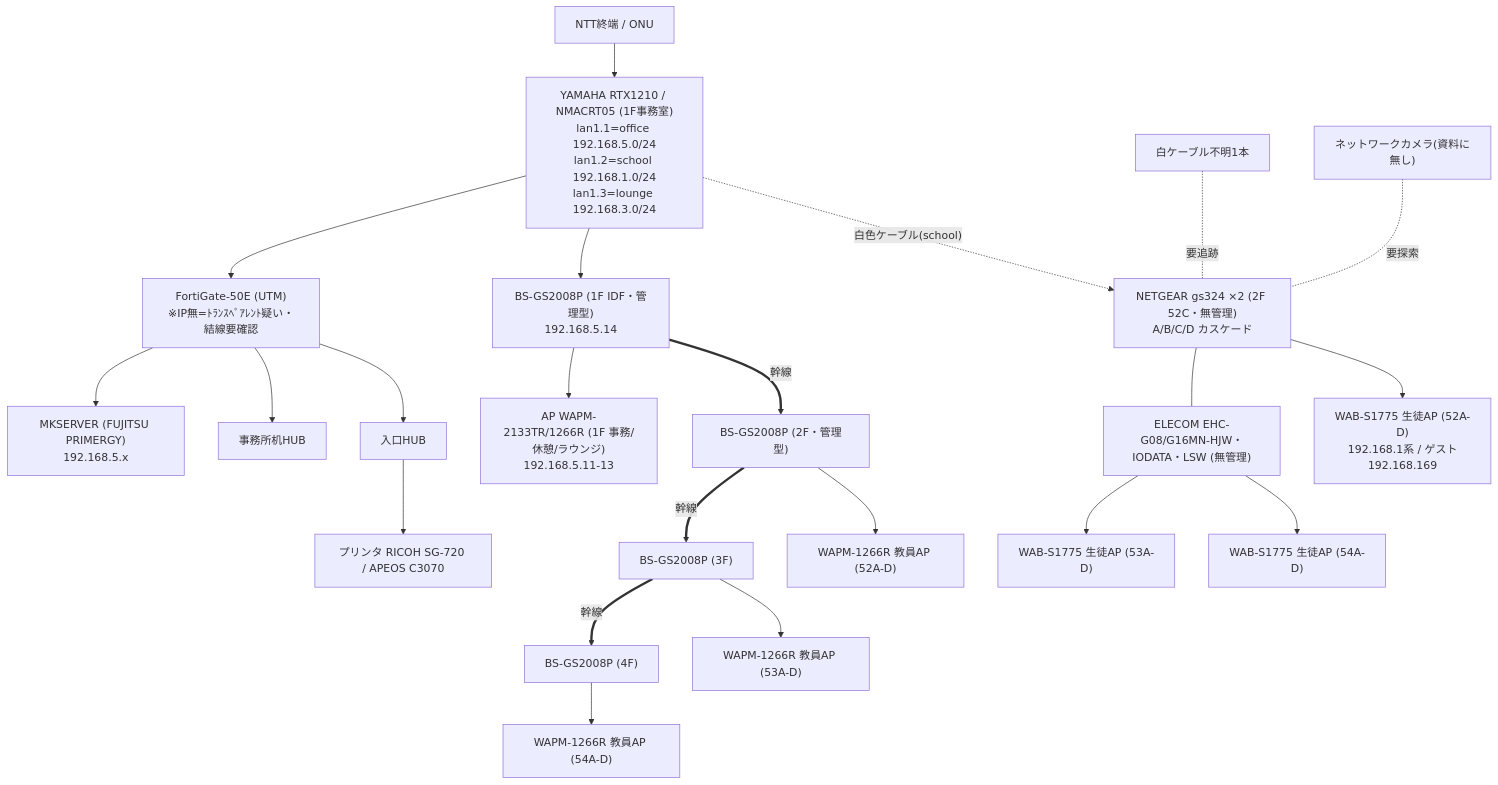
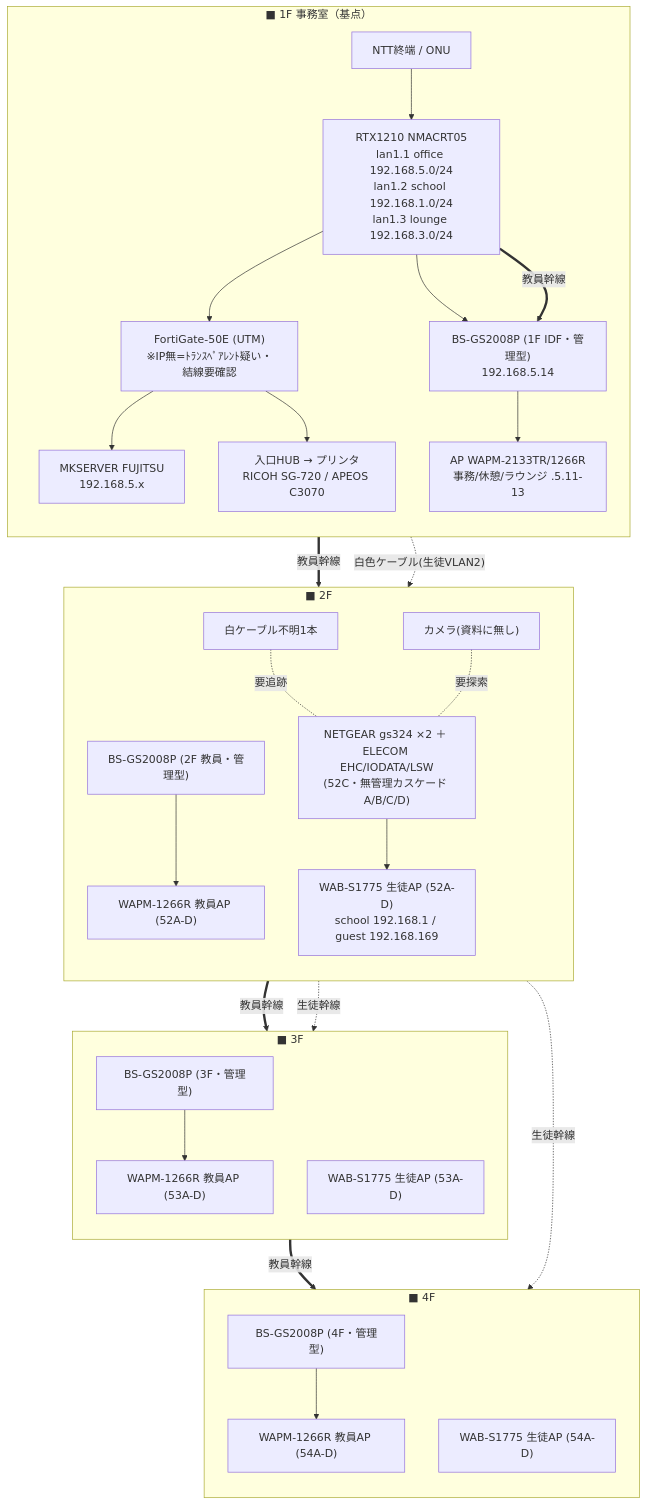
Before and after one commit to zva06206-shimizu/yss_secretary: the diagram in work/nagoya-keiei-kaikei/04_system/network-diagram-5gou.md, drawn with Mermaid. The commit also changed other lines of this file and 1 other file, not shown here.

Commit message:
名古屋：5号館図をフロア構造化、1号館再構築図の階情報を訂正
5号館図をフロア(1F-4F)のsubgraphで区切り、教員系(管理型縦系)/生徒系(無管理カスケード)の
2縦系を視覚的に分離。1号館再構築図はBS-GS2008P(L3)+NASを2F→4Fに訂正、階別VLAN表記差の
正体(AP向けは全階VLAN10+20トランク/有線は職員VLAN10のみ・文言ゆれ)を注記に明確化。

````diff
--- a/work/nagoya-keiei-kaikei/04_system/network-diagram-5gou.md
+++ b/work/nagoya-keiei-kaikei/04_system/network-diagram-5gou.md
@@ -29,31 +31,44 @@
 ```mermaid
 flowchart TB
-    NTT["NTT終端 / ONU"]
-    NTT --> RT["YAMAHA RTX1210 / NMACRT05 (1F事務室)<br/>lan1.1=office 192.168.5.0/24<br/>lan1.2=school 192.168.1.0/24<br/>lan1.3=lounge 192.168.3.0/24"]
+    subgraph F1["■ 1F 事務室（基点）"]
+      direction TB
+      NTT["NTT終端 / ONU"] --> RT["RTX1210 NMACRT05<br/>lan1.1 office 192.168.5.0/24<br/>lan1.2 school 192.168.1.0/24<br/>lan1.3 lounge 192.168.3.0/24"]
+      RT --> FG["FortiGate-50E (UTM)<br/>※IP無=ﾄﾗﾝｽﾍﾟｱﾚﾝﾄ疑い・結線要確認"]
+      FG --> SV["MKSERVER FUJITSU<br/>192.168.5.x"]
+      FG --> ENH["入口HUB → プリンタ<br/>RICOH SG-720 / APEOS C3070"]
+      RT --> S1["BS-GS2008P (1F IDF・管理型)<br/>192.168.5.14"]
+      S1 --> A1["AP WAPM-2133TR/1266R<br/>事務/休憩/ラウンジ .5.11-13"]
+    end
 
-    %% ---- サーバ前段(FortiGate) ----
-    RT --> FG["FortiGate-50E (UTM)<br/>※IP無=ﾄﾗﾝｽﾍﾟｱﾚﾝﾄ疑い・結線要確認"]
-    FG --> SV["MKSERVER (FUJITSU PRIMERGY)<br/>192.168.5.x"]
-    FG --> OFH["事務所机HUB"]
-    FG --> ENH["入口HUB"]
-    ENH --> PR["プリンタ RICOH SG-720 / APEOS C3070"]
+    subgraph F2["■ 2F"]
+      direction TB
+      S2["BS-GS2008P (2F 教員・管理型)"] --> AT2["WAPM-1266R 教員AP (52A-D)"]
+      NG["NETGEAR gs324 ×2 ＋ ELECOM EHC/IODATA/LSW<br/>(52C・無管理カスケード A/B/C/D)"]
+      NG --> AS2["WAB-S1775 生徒AP (52A-D)<br/>school 192.168.1 / guest 192.168.169"]
+      WHT["白ケーブル不明1本"] -. 要追跡 .- NG
+      CAM["カメラ(資料に無し)"] -. 要探索 .- NG
+    end
 
-    %% ---- 教員系：管理型BS-GS2008Pの縦系 ----
-    RT --> SW1["BS-GS2008P (1F IDF・管理型)<br/>192.168.5.14"]
-    SW1 --> AP1["AP WAPM-2133TR/1266R (1F 事務/休憩/ラウンジ)<br/>192.168.5.11-13"]
-    SW1 == 幹線 ==> SW2["BS-GS2008P (2F・管理型)"]
-    SW2 == 幹線 ==> SW3["BS-GS2008P (3F)"]
-    SW3 == 幹線 ==> SW4["BS-GS2008P (4F)"]
-    SW2 --> APT2["WAPM-1266R 教員AP (52A-D)"]
-    SW3 --> APT3["WAPM-1266R 教員AP (53A-D)"]
-    SW4 --> APT4["WAPM-1266R 教員AP (54A-D)"]
+    subgraph F3["■ 3F"]
+      direction TB
+      S3["BS-GS2008P (3F・管理型)"] --> AT3["WAPM-1266R 教員AP (53A-D)"]
+      AS3["WAB-S1775 生徒AP (53A-D)"]
+    end
 
-    %% ---- 生徒系：無管理カスケード ----
-    RT -. "白色ケーブル(school)" .-> NG["NETGEAR gs324 ×2 (2F 52C・無管理)<br/>A/B/C/D カスケード"]
-    NG --- EHC["ELECOM EHC-G08/G16MN-HJW・IODATA・LSW (無管理)"]
-    NG --> APS2["WAB-S1775 生徒AP (52A-D)<br/>192.168.1系 / ゲスト192.168.169"]
-    EHC --> APS3["WAB-S1775 生徒AP (53A-D)"]
-    EHC --> APS4["WAB-S1775 生徒AP (54A-D)"]
-    WHT["白ケーブル不明1本"] -. 要追跡 .- NG
-    CAM["ネットワークカメラ(資料に無し)"] -. 要探索 .- NG
+    subgraph F4["■ 4F"]
+      direction TB
+      S4["BS-GS2008P (4F・管理型)"] --> AT4["WAPM-1266R 教員AP (54A-D)"]
+      AS4["WAB-S1775 生徒AP (54A-D)"]
+    end
+
+    %% 教員系：管理型の縦系幹線（太線）
+    RT == 教員幹線 ==> S1
+    S1 == 教員幹線 ==> S2
+    S2 == 教員幹線 ==> S3
+    S3 == 教員幹線 ==> S4
+
+    %% 生徒系：無管理カスケード（点線）
+    RT -. "白色ケーブル(生徒VLAN2)" .-> NG
+    NG -. 生徒幹線 .-> AS3
+    NG -. 生徒幹線 .-> AS4
 ```
````
